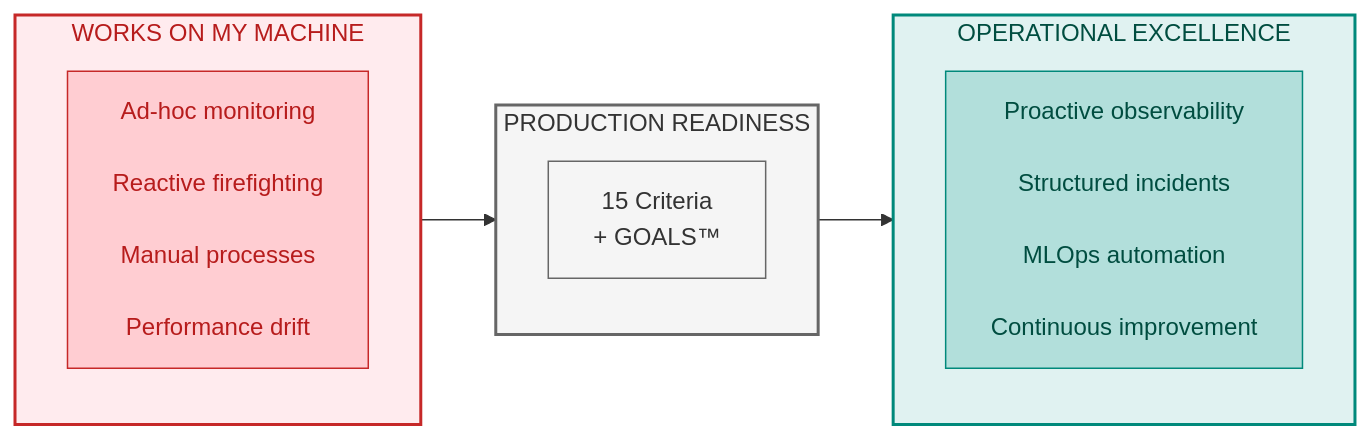
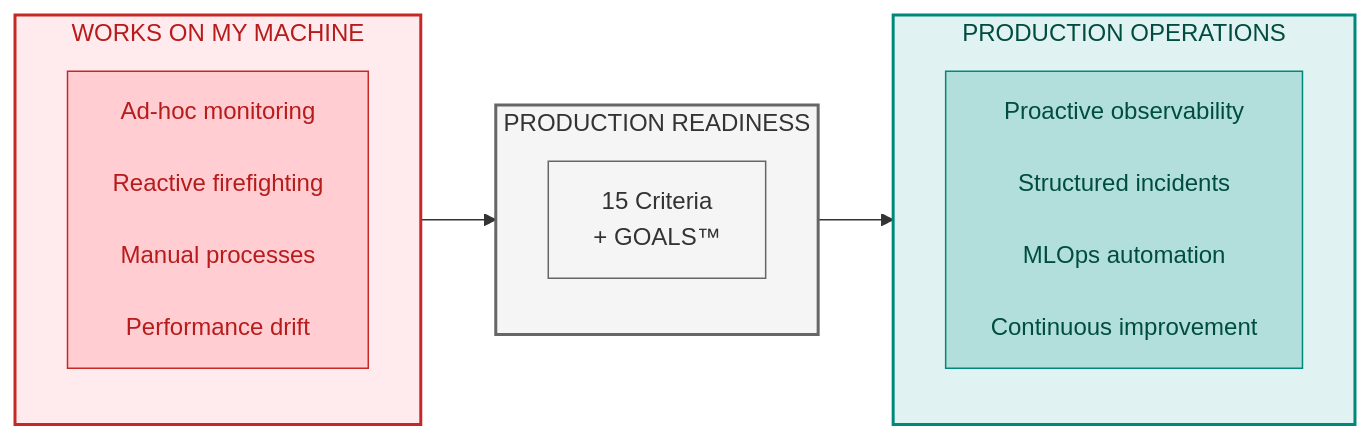
The first of 6 diagrams in manuscript/13_chapter_12_running_agents_at_scale.md (saitejesh-cyber/trust-before-intelligence-book), drawn with Mermaid before and after one commit. The commit also changed other lines of this file, not shown here.

````diff
--- a/manuscript/13_chapter_12_running_agents_at_scale.md
+++ b/manuscript/13_chapter_12_running_agents_at_scale.md
@@ -9,28 +9,28 @@
 ```mermaid
 
 graph LR
     subgraph BEFORE["WORKS ON MY MACHINE"]
         direction TB
         B1["Ad-hoc monitoring<br/><br/>Reactive firefighting<br/><br/>Manual processes<br/><br/>Performance drift"]
     end
     
     subgraph TRANSFORM["PRODUCTION READINESS"]
         direction TB
         T1["15 Criteria<br/>+ GOALS™"]
     end
     
-    subgraph AFTER["OPERATIONAL EXCELLENCE"]
+    subgraph AFTER["PRODUCTION OPERATIONS"]
         direction TB
         A1["Proactive observability<br/><br/>Structured incidents<br/><br/>MLOps automation<br/><br/>Continuous improvement"]
     end
     
     BEFORE --> TRANSFORM --> AFTER
     
     style BEFORE fill:#ffebee,stroke:#c62828,stroke-width:2px,color:#b71c1c
     style TRANSFORM fill:#f5f5f5,stroke:#666666,stroke-width:2px,color:#333333
     style AFTER fill:#e0f2f1,stroke:#00897b,stroke-width:2px,color:#004d40
     style B1 fill:#ffcdd2,stroke:#c62828,color:#b71c1c
     style T1 fill:#f5f5f5,stroke:#666666,color:#333333
     style A1 fill:#b2dfdb,stroke:#00897b,color:#004d40
 
 ```
````
